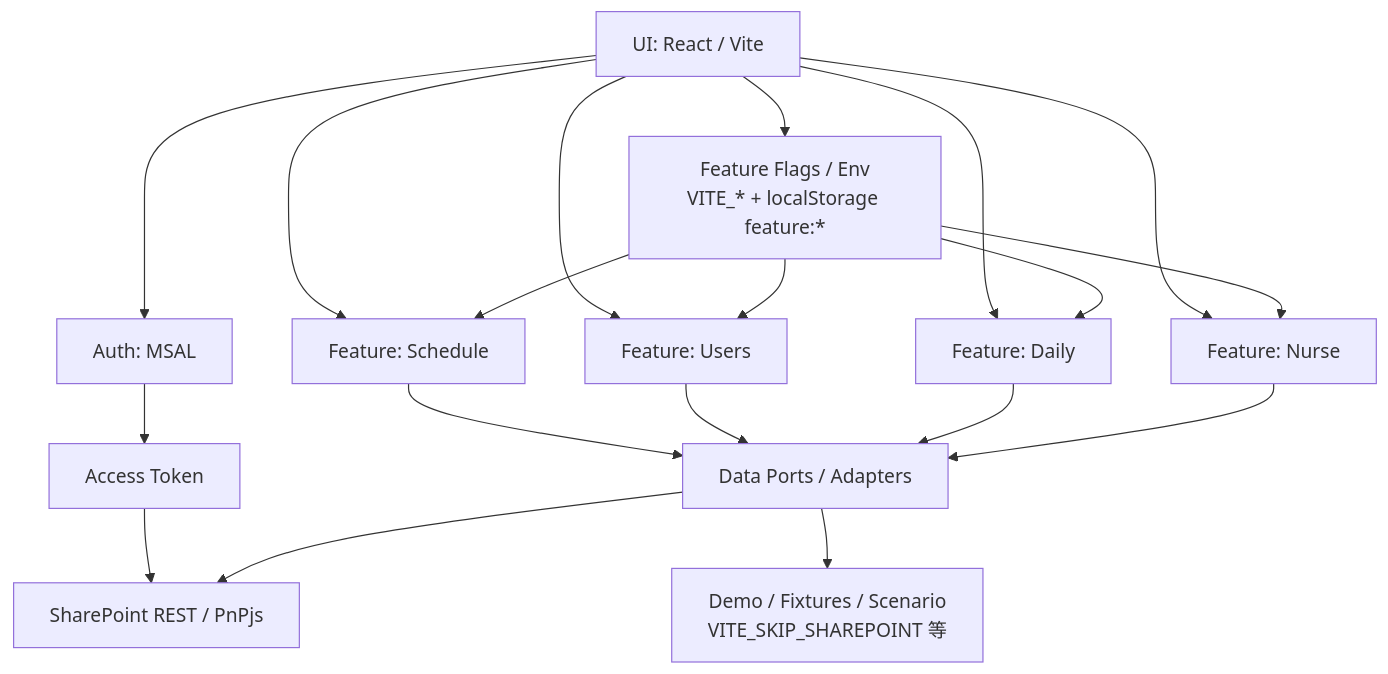
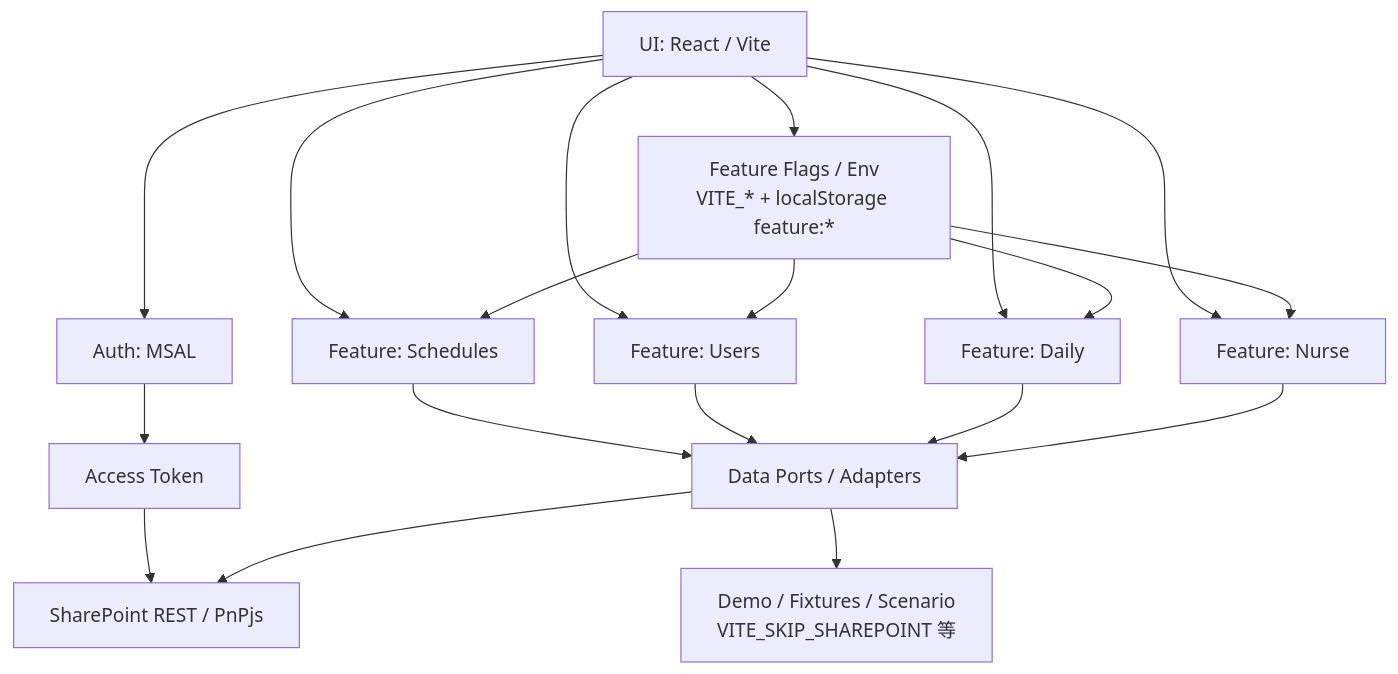
One commit to yasutakesougo/audit-management-system-mvp changed the first of 3 diagrams in docs/deepwiki/02_architecture.md. Above: the diagram before and after it, drawn with Mermaid. The commit also changed other lines of this file and 13 other files, not shown here.

Commit message:
docs(schedules): remove legacy schedule references

````diff
--- a/docs/deepwiki/02_architecture.md
+++ b/docs/deepwiki/02_architecture.md
@@ -21,26 +21,26 @@
 ```mermaid
 flowchart TB
   UI[UI: React / Vite] --> FLAGS[Feature Flags / Env<br/>VITE_* + localStorage feature:*]
   UI --> AUTH[Auth: MSAL]
   AUTH --> TOK[Access Token]
 
-  UI --> FEAT_S[Feature: Schedule]
+  UI --> FEAT_S[Feature: Schedules]
   UI --> FEAT_U[Feature: Users]
   UI --> FEAT_D[Feature: Daily]
   UI --> FEAT_N[Feature: Nurse]
 
   FLAGS --> FEAT_S
   FLAGS --> FEAT_U
   FLAGS --> FEAT_D
   FLAGS --> FEAT_N
 
   FEAT_S --> PORTS[Data Ports / Adapters]
   FEAT_U --> PORTS
   FEAT_D --> PORTS
   FEAT_N --> PORTS
 
   TOK --> SP[SharePoint REST / PnPjs]
   PORTS --> SP
 
   PORTS --> DEMO[Demo / Fixtures / Scenario<br/>VITE_SKIP_SHAREPOINT 等]
 ```
````
